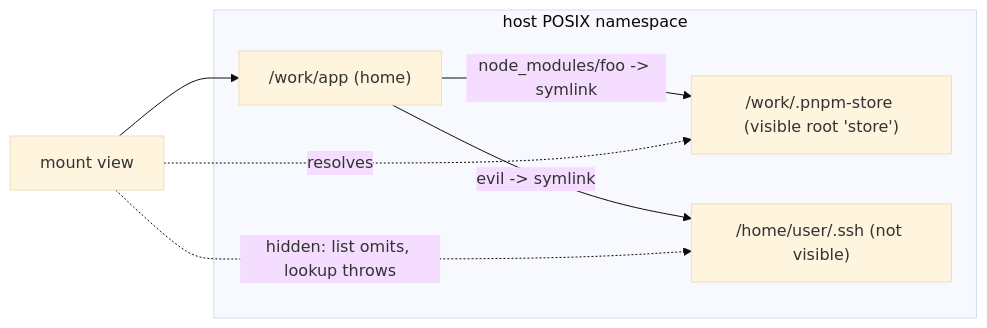
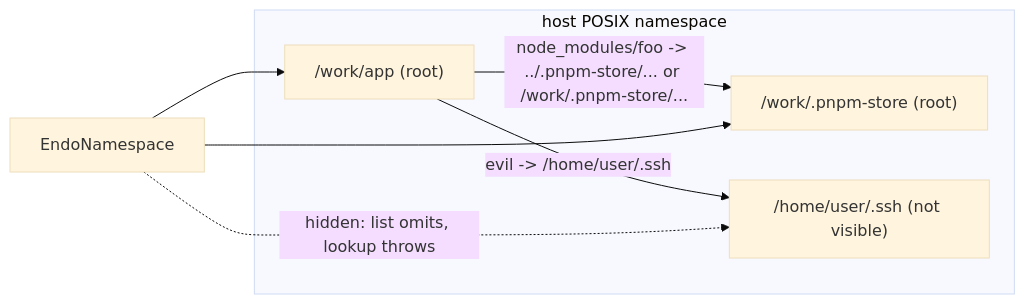
One commit to endojs/endo-but-for-bots changed the diagram in designs/daemon-mount-visible-roots.md. Above: the diagram before and after it, drawn with Mermaid (base theme). The commit also changed other lines of this file, not shown here.

First line of the commit message:
design(daemon): namespaces preserve root prefixes; single-root sub-mounts; snapshot roots

````diff
--- a/designs/daemon-mount-visible-roots.md
+++ b/designs/daemon-mount-visible-roots.md
@@ -51,13 +64,13 @@
 ```mermaid
 flowchart LR
   subgraph Host["host POSIX namespace"]
-    App["/work/app (home)"]
-    Store["/work/.pnpm-store (visible root 'store')"]
+    App["/work/app (root)"]
+    Store["/work/.pnpm-store (root)"]
     Secret["/home/user/.ssh (not visible)"]
   end
-  App -- "node_modules/foo -> symlink" --> Store
-  App -- "evil -> symlink" --> Secret
-  View["mount view"] --> App
-  View -. "resolves" .-> Store
-  View -. "hidden: list omits, lookup throws" .-> Secret
+  App -- "node_modules/foo -> ../.pnpm-store/... or /work/.pnpm-store/..." --> Store
+  App -- "evil -> /home/user/.ssh" --> Secret
+  NS["EndoNamespace"] --> App
+  NS --> Store
+  NS -. "hidden: list omits, lookup throws" .-> Secret
 ```
````
